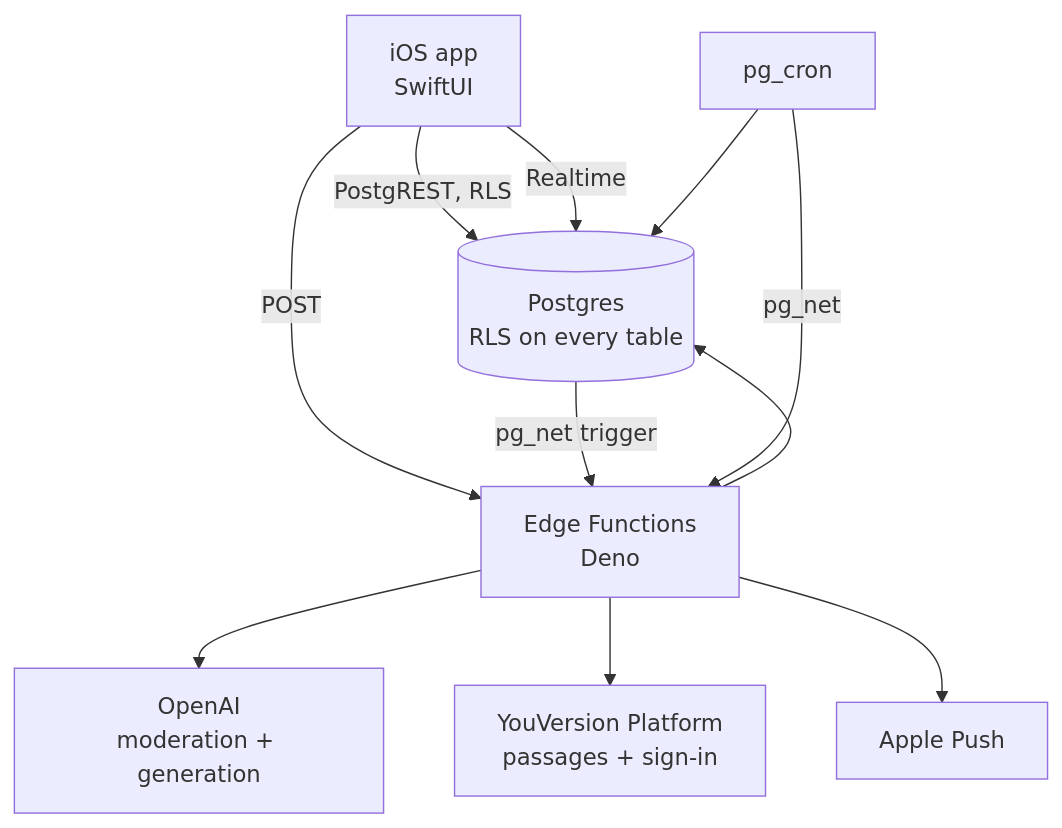
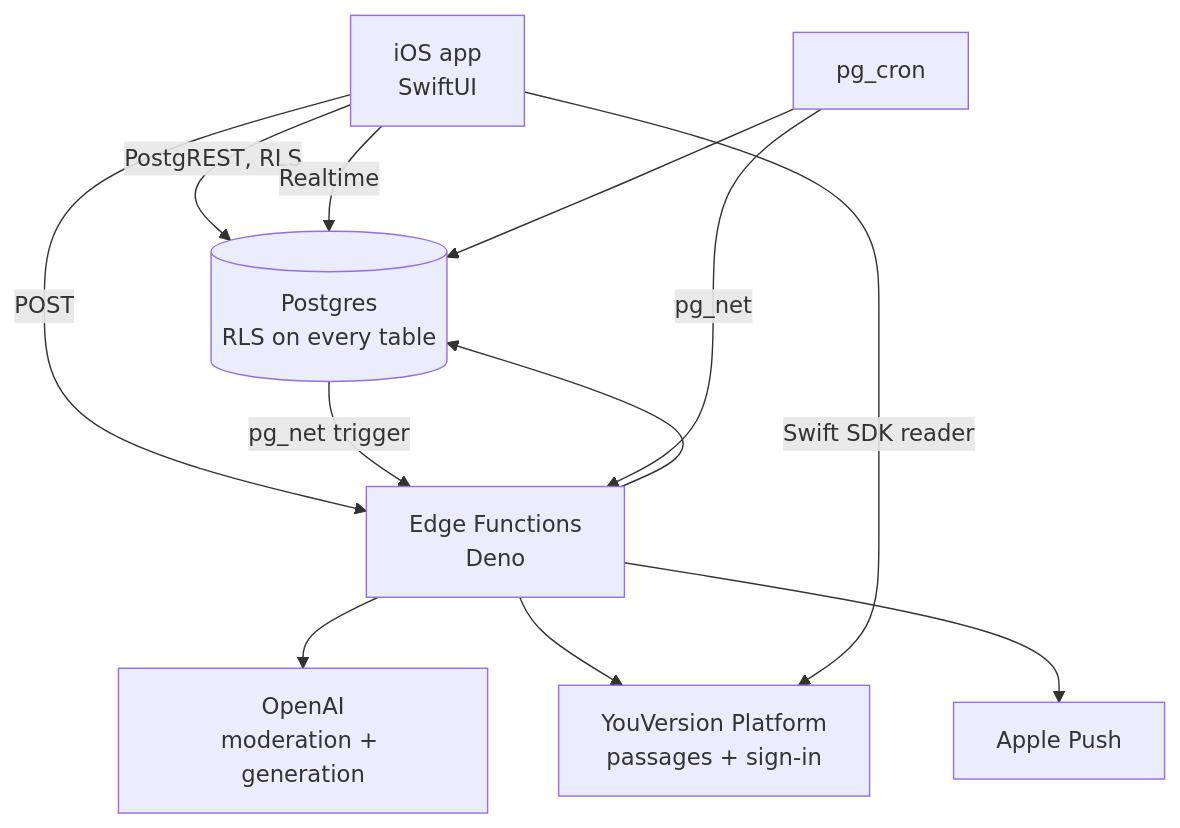
The second of 2 diagrams in README.md (Mulcro/dwell-backend), drawn with Mermaid before and after one commit. The commit also changed other lines of this file, not shown here.

````diff
--- a/README.md
+++ b/README.md
@@ -63,13 +63,14 @@
 ```mermaid
 flowchart TB
     iOS[iOS app<br/>SwiftUI] -- PostgREST, RLS --> DB[(Postgres<br/>RLS on every table)]
     iOS -- Realtime --> DB
     iOS -- POST --> EF[Edge Functions<br/>Deno]
     EF --> DB
     EF --> OAI[OpenAI<br/>moderation + generation]
     EF --> YV[YouVersion Platform<br/>passages + sign-in]
+    iOS -- Swift SDK reader --> YV
     EF --> APNs[Apple Push]
     CRON[pg_cron] --> DB
     DB -- pg_net trigger --> EF
     CRON -- pg_net --> EF
 ```
````
